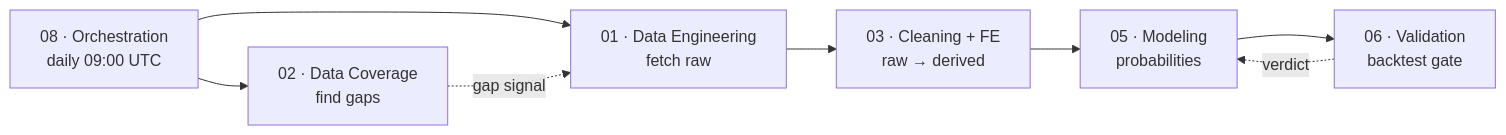
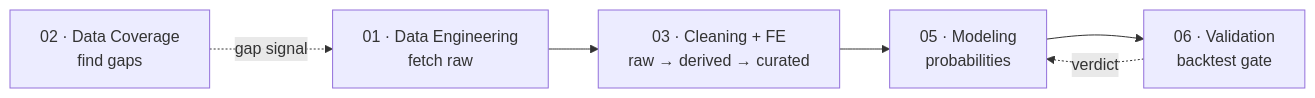
Before and after one commit to pol-i-tech/fulbol-mundial-26: the diagram in docs/agents/README.md, drawn with Mermaid. The commit also changed other lines of this file and 21 other files, not shown here.

````diff
--- a/docs/agents/README.md
+++ b/docs/agents/README.md
@@ -26,14 +25,12 @@
 ```mermaid
 flowchart LR
-    O[08 · Orchestration<br/>daily 09:00 UTC]
     DE[01 · Data Engineering<br/>fetch raw]
     DC[02 · Data Coverage<br/>find gaps]
-    CL[03 · Cleaning + FE<br/>raw → derived]
+    CL[03 · Cleaning + FE<br/>raw → derived → curated]
     MD[05 · Modeling<br/>probabilities]
     VA[06 · Validation<br/>backtest gate]
 
-    O --> DE --> CL --> MD --> VA
-    O --> DC
+    DE --> CL --> MD --> VA
     DC -.gap signal.-> DE
     VA -.verdict.-> MD
 ```
````
